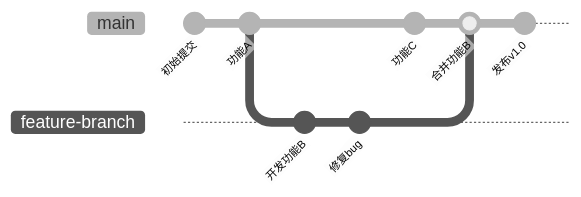
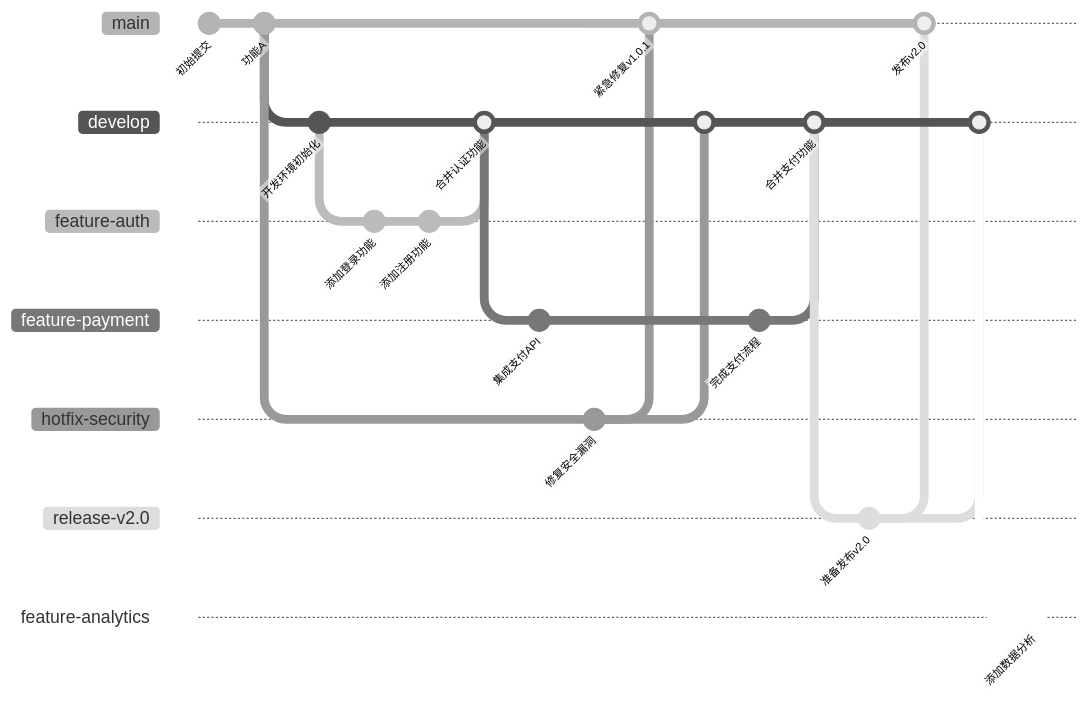
Before and after one commit to dreamxwork/mditor-vs: the first of 13 diagrams in markdown-examples.md, drawn with Mermaid (neutral theme). The commit also changed other lines of this file, not shown here.

````diff
--- a/markdown-examples.md
+++ b/markdown-examples.md
@@ -231,13 +262,39 @@
 ```mermaid
 gitGraph
    commit id: "初始提交"
    commit id: "功能A"
-   branch feature-branch
-   checkout feature-branch
-   commit id: "开发功能B"
-   commit id: "修复bug"
+   branch develop
+   checkout develop
+   commit id: "开发环境初始化"
+   branch feature-auth
+   checkout feature-auth
+   commit id: "添加登录功能"
+   commit id: "添加注册功能"
+   checkout develop
+   merge feature-auth id: "合并认证功能"
+   branch feature-payment
+   checkout feature-payment
+   commit id: "集成支付API"
    checkout main
-   commit id: "功能C"
-   merge feature-branch id: "合并功能B"
-   commit id: "发布v1.0"
+   branch hotfix-security
+   checkout hotfix-security
+   commit id: "修复安全漏洞"
+   checkout main
+   merge hotfix-security id: "紧急修复v1.0.1"
+   checkout develop
+   merge hotfix-security
+   checkout feature-payment
+   commit id: "完成支付流程"
+   checkout develop
+   merge feature-payment id: "合并支付功能"
+   branch release-v2.0
+   checkout release-v2.0
+   commit id: "准备发布v2.0"
+   checkout main
+   merge release-v2.0 id: "发布v2.0"
+   checkout develop
+   merge release-v2.0
+   branch feature-analytics
+   checkout feature-analytics
+   commit id: "添加数据分析"
 ```
````
